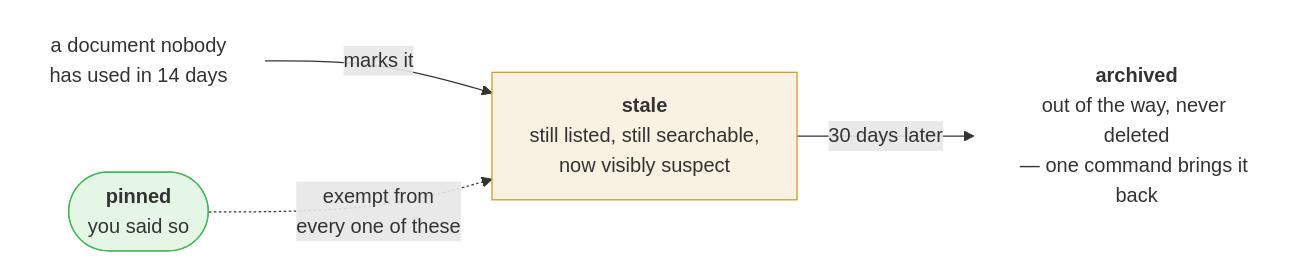
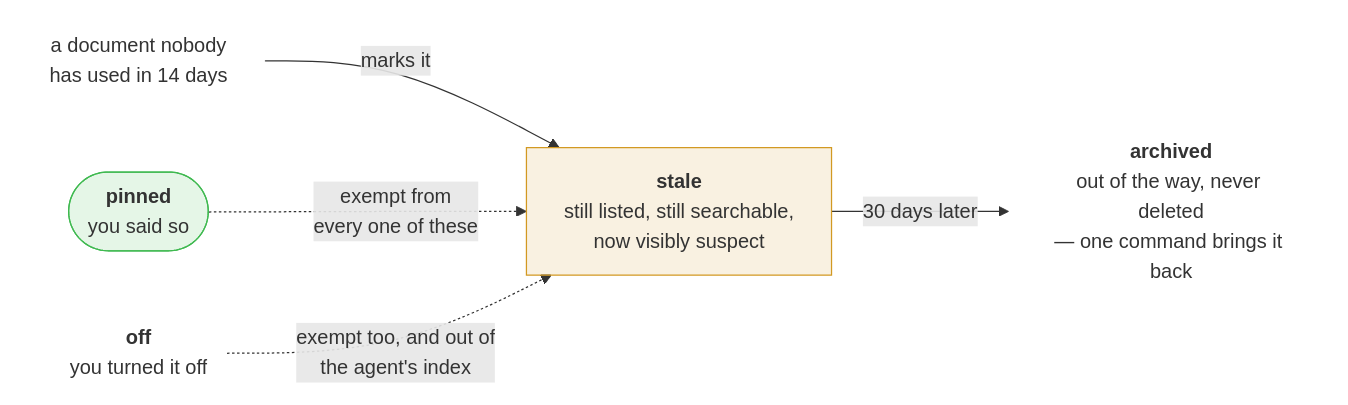
Before and after one commit to jpyunism/motita: the fifth of 7 diagrams in README.md, drawn with Mermaid. The commit also changed other lines of this file and 27 other files, not shown here.

First line of the commit message:
feat(skills): turn a skill off, delete one, and let the browser learn too (#11)

````diff
--- a/README.md
+++ b/README.md
@@ -530,11 +533,13 @@
 ```mermaid
 flowchart LR
     A["a document nobody<br/>has used in 14 days"] -->|"marks it"| S["<b>stale</b><br/>still listed, still searchable,<br/>now visibly suspect"]
     S -->|"30 days later"| R["<b>archived</b><br/>out of the way, never deleted<br/>— one command brings it back"]
     P(["<b>pinned</b><br/>you said so"]) -.->|"exempt from<br/>every one of these"| S
+    O(["<b>off</b><br/>you turned it off"]) -.->|"exempt too, and out of<br/>the agent's index"| S
 
     style A fill:#ffffff08,stroke:#ffffff22
     style S fill:#d2992222,stroke:#d29922
     style R fill:#ffffff08,stroke:#ffffff22
     style P fill:#3fb95022,stroke:#3fb950
+    style O fill:#ffffff08,stroke:#ffffff22
 ```
````
